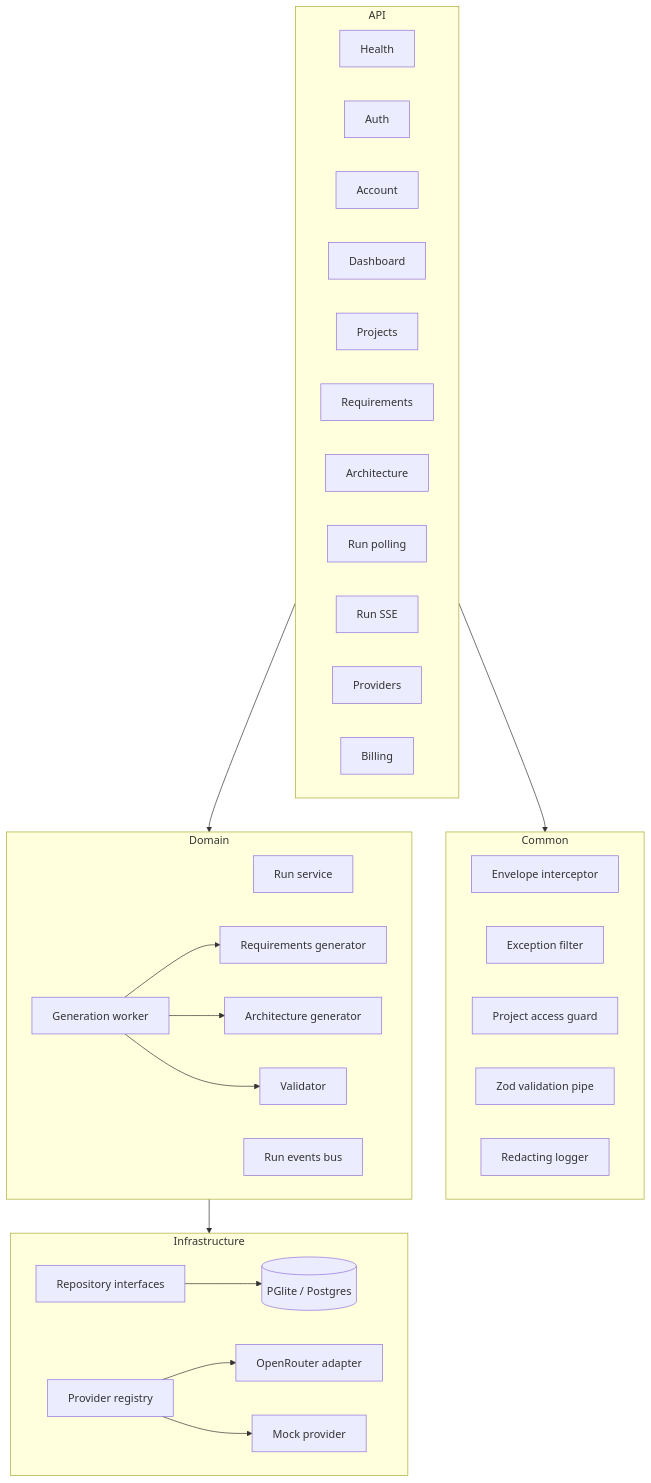
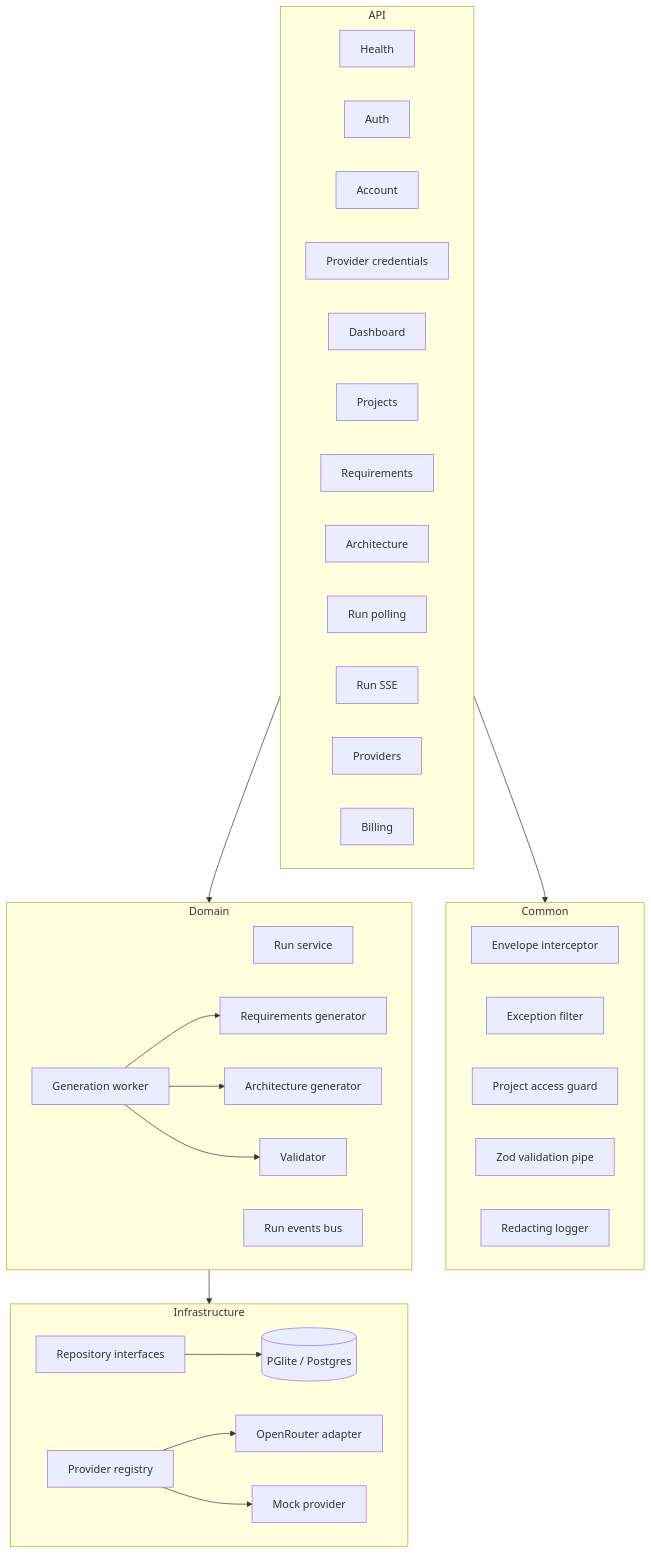
Before and after one commit to yogimait/SDA_SystemDesignForAll: the first of 2 diagrams in backend-server/docs/Architecture.md, drawn with Mermaid. The commit also changed other lines of this file and 78 other files, not shown here.

````diff
--- a/backend-server/docs/Architecture.md
+++ b/backend-server/docs/Architecture.md
@@ -7,51 +7,52 @@
 ```mermaid
 flowchart TB
   subgraph API
     HC[Health]
     AC[Auth]
     ACC[Account]
+    CRED[Provider credentials]
     DASH[Dashboard]
     PC[Projects]
     RC[Requirements]
     ARC[Architecture]
     RNC[Run polling]
     SSE[Run SSE]
     PRC[Providers]
     BIL[Billing]
   end
 
   subgraph Common
     ENV[Envelope interceptor]
     ERR[Exception filter]
     GUARD[Project access guard]
     PIPE[Zod validation pipe]
     LOG[Redacting logger]
   end
 
   subgraph Domain
     RS[Run service]
     RQ[Requirements generator]
     AG[Architecture generator]
     AV[Validator]
     WK[Generation worker]
     RE[Run events bus]
   end
 
   subgraph Infrastructure
     REG[Provider registry]
     OR[OpenRouter adapter]
     MOCK[Mock provider]
     REPO[Repository interfaces]
     DB[(PGlite / Postgres)]
   end
 
   API --> Common
   API --> Domain
   Domain --> Infrastructure
   REPO --> DB
   WK --> RQ
   WK --> AG
   WK --> AV
   REG --> OR
   REG --> MOCK
 ```
````
